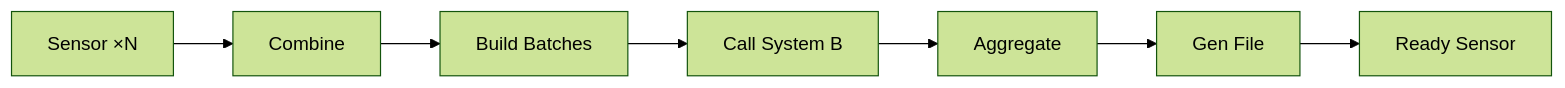
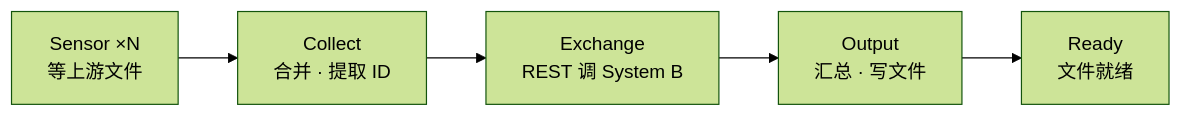
Before and after one commit to owengoodluck/docs-workbench: the second of 3 diagrams in design/security-id-migration/2026-11-03-系统架构-design.md, drawn with Mermaid (forest theme). The commit also changed other lines of this file, not shown here.

````diff
--- a/design/security-id-migration/2026-11-03-系统架构-design.md
+++ b/design/security-id-migration/2026-11-03-系统架构-design.md
@@ -111,9 +61,7 @@
 ```mermaid
 flowchart LR
-    S["Sensor ×N"] --> C["Combine"]
-    C --> B["Build Batches"]
-    B --> API["Call System B"]
-    API --> AG["Aggregate"]
-    AG --> G["Gen File"]
-    G --> R["Ready Sensor"]
+    S["Sensor ×N<br/>等上游文件"] --> C["Collect<br/>合并 · 提取 ID"]
+    C --> X["Exchange<br/>REST 调 System B"]
+    X --> O["Output<br/>汇总 · 写文件"]
+    O --> R["Ready<br/>文件就绪"]
 ```
````
